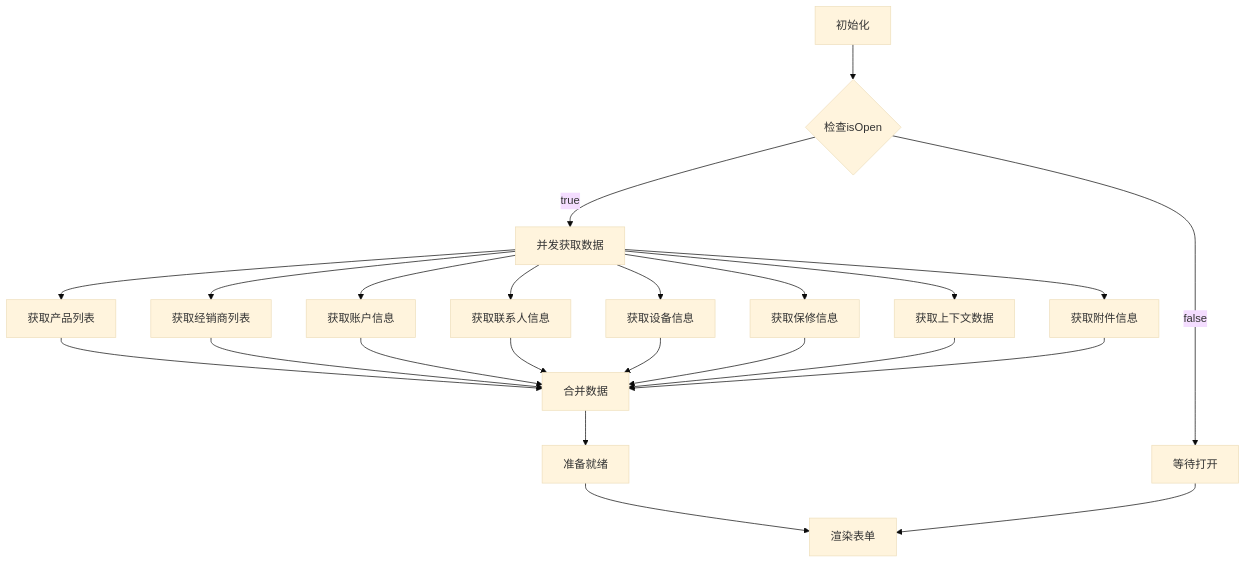
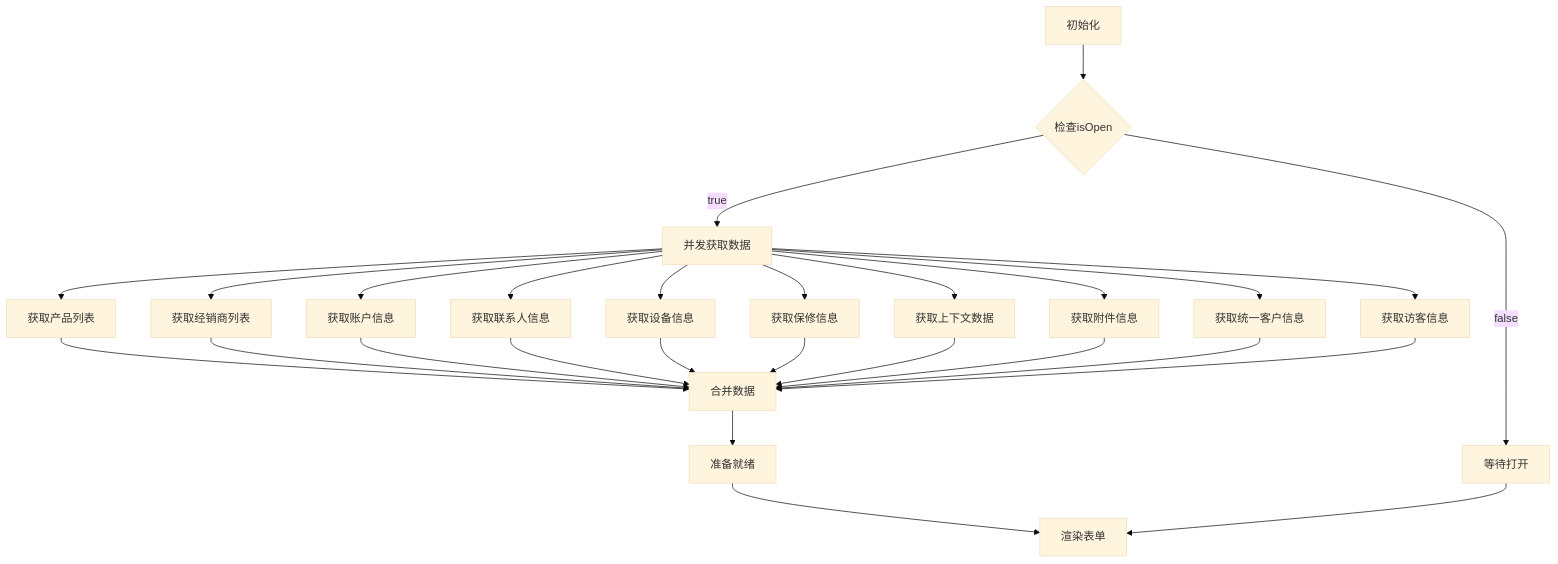
Diagram 44 of 44 in .qoder/repowiki/zh/content/TicketCreationModal 工单创建模态框.md (CubeEdge/Longhorn), drawn with Mermaid (base theme) before and after one commit. The commit also changed other lines of this file and 53 other files, not shown here.

````diff
--- a/.qoder/repowiki/zh/content/TicketCreationModal 工单创建模态框.md
+++ b/.qoder/repowiki/zh/content/TicketCreationModal 工单创建模态框.md
@@ -2488,25 +2727,29 @@
 ```mermaid
 flowchart TD
 Init[初始化] --> CheckOpen{检查isOpen}
 CheckOpen --> |true| ParallelFetch[并发获取数据]
 CheckOpen --> |false| Wait[等待打开]
 ParallelFetch --> Products[获取产品列表]
 ParallelFetch --> Dealers[获取经销商列表]
 ParallelFetch --> Accounts[获取账户信息]
 ParallelFetch --> Contacts[获取联系人信息]
 ParallelFetch --> DeviceInfo[获取设备信息]
 ParallelFetch --> WarrantyInfo[获取保修信息]
 ParallelFetch --> ContextData[获取上下文数据]
 ParallelFetch --> Attachments[获取附件信息]
+ParallelFetch --> UnifiedCustomerInfo[获取统一客户信息]
+ParallelFetch --> EndUserInfo[获取访客信息]
 Products --> Combine[合并数据]
 Dealers --> Combine
 Accounts --> Combine
 Contacts --> Combine
 DeviceInfo --> Combine
 WarrantyInfo --> Combine
 ContextData --> Combine
 Attachments --> Combine
+UnifiedCustomerInfo --> Combine
+EndUserInfo --> Combine
 Combine --> Ready[准备就绪]
 Ready --> Render[渲染表单]
 Wait --> Render
 ```
````
